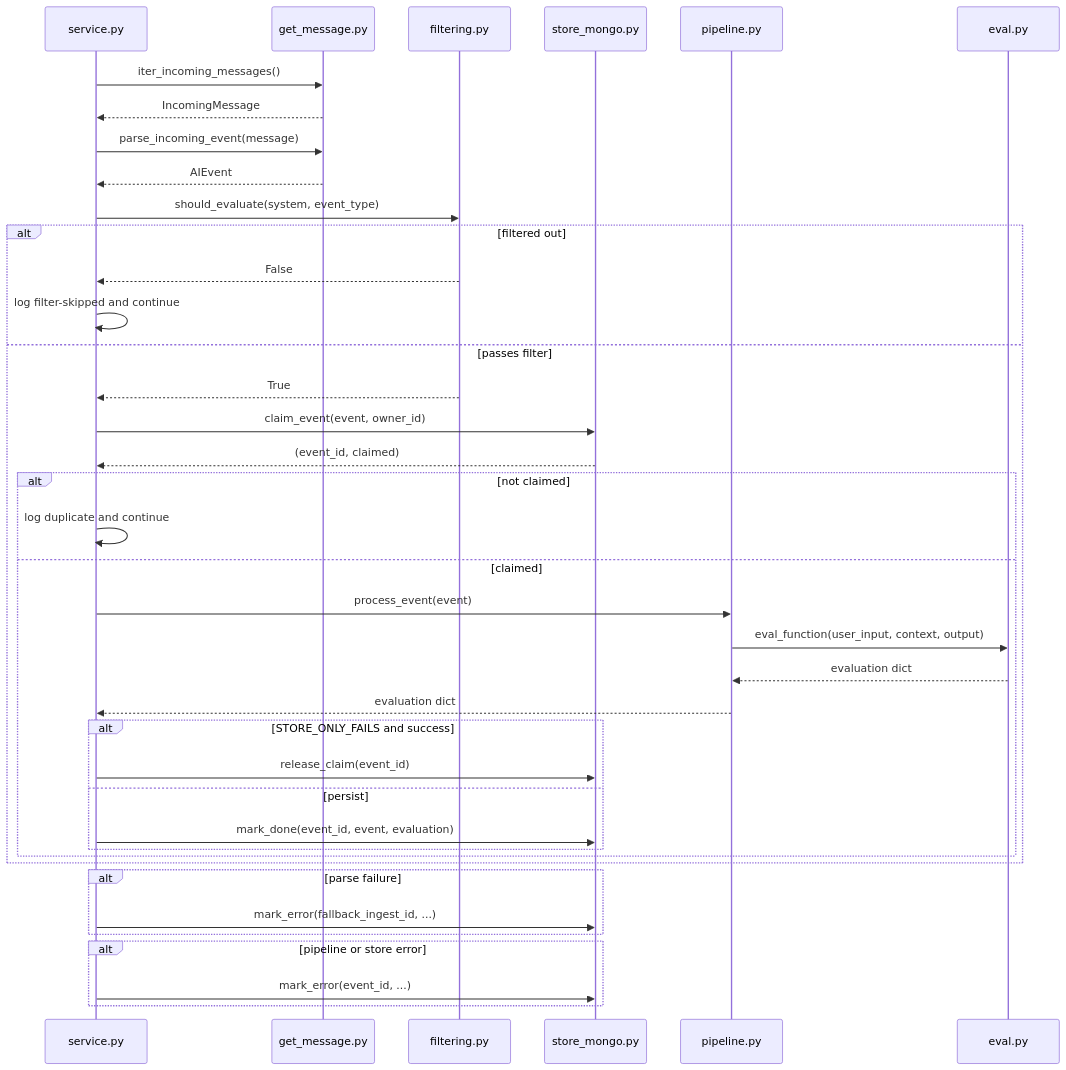
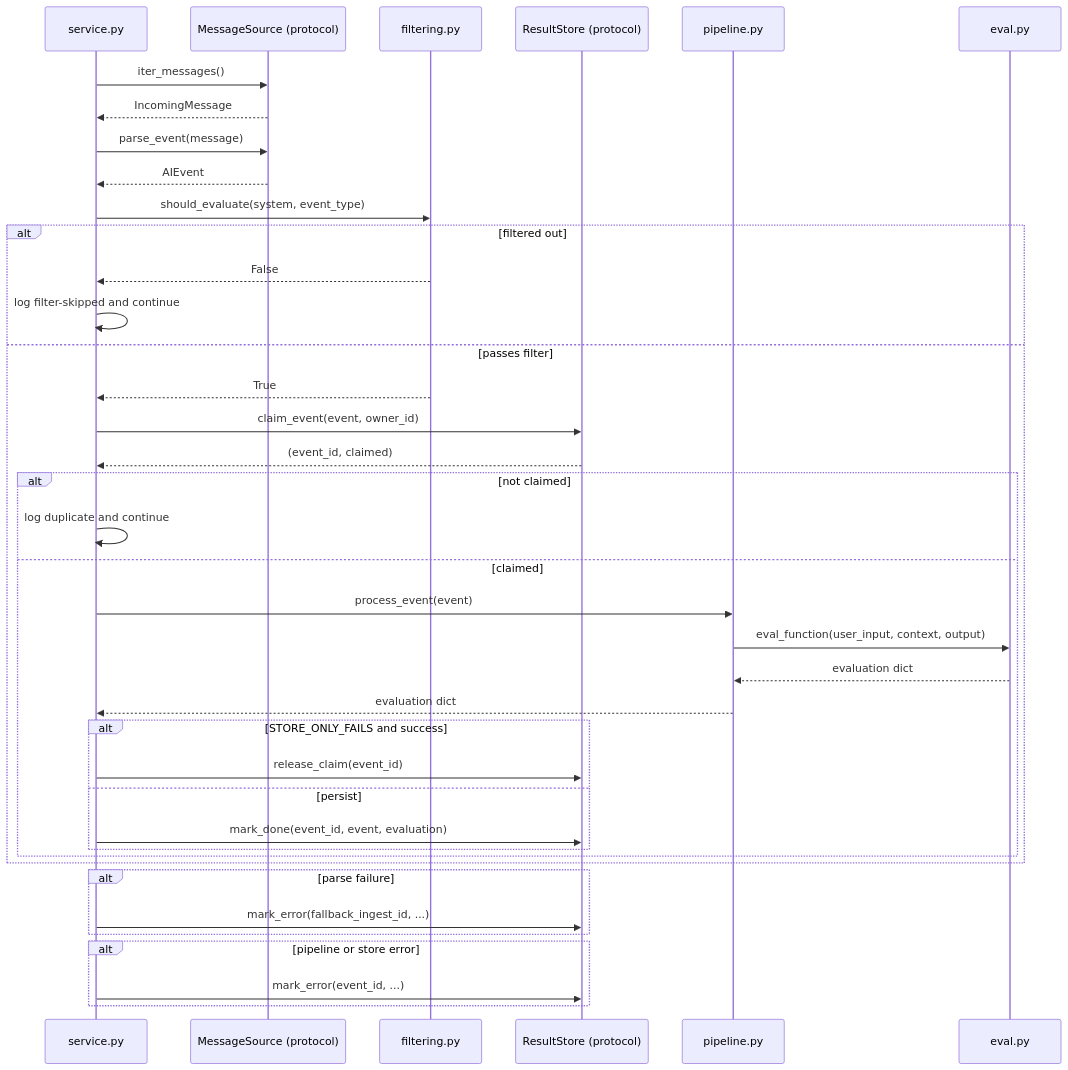
One commit to JaakkoLipp/Thesis_LLM_DeepEval_OSS changed the second of 3 diagrams in docs/uml.md. Above: the diagram before and after it, drawn with Mermaid. The commit also changed other lines of this file and 27 other files, not shown here.

````diff
--- a/docs/uml.md
+++ b/docs/uml.md
@@ -116,48 +140,48 @@
 ```mermaid
 sequenceDiagram
     participant S as service.py
-    participant GM as get_message.py
+    participant MS as MessageSource (protocol)
     participant F as filtering.py
-    participant DB as store_mongo.py
+    participant RS as ResultStore (protocol)
     participant P as pipeline.py
     participant E as eval.py
 
-    S->>GM: iter_incoming_messages()
-    GM-->>S: IncomingMessage
+    S->>MS: iter_messages()
+    MS-->>S: IncomingMessage
 
-    S->>GM: parse_incoming_event(message)
-    GM-->>S: AIEvent
+    S->>MS: parse_event(message)
+    MS-->>S: AIEvent
 
     S->>F: should_evaluate(system, event_type)
     alt filtered out
         F-->>S: False
         S->>S: log filter-skipped and continue
     else passes filter
         F-->>S: True
 
-        S->>DB: claim_event(event, owner_id)
-        DB-->>S: (event_id, claimed)
+        S->>RS: claim_event(event, owner_id)
+        RS-->>S: (event_id, claimed)
 
         alt not claimed
             S->>S: log duplicate and continue
         else claimed
             S->>P: process_event(event)
             P->>E: eval_function(user_input, context, output)
             E-->>P: evaluation dict
             P-->>S: evaluation dict
 
             alt STORE_ONLY_FAILS and success
-                S->>DB: release_claim(event_id)
+                S->>RS: release_claim(event_id)
             else persist
-                S->>DB: mark_done(event_id, event, evaluation)
+                S->>RS: mark_done(event_id, event, evaluation)
             end
         end
     end
 
     alt parse failure
-        S->>DB: mark_error(fallback_ingest_id, ...)
+        S->>RS: mark_error(fallback_ingest_id, ...)
     end
     alt pipeline or store error
-        S->>DB: mark_error(event_id, ...)
+        S->>RS: mark_error(event_id, ...)
     end
 ```
````
